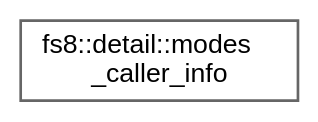
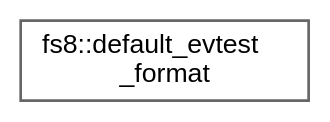
The diagram in api/inherit_graph_56.dot (the-moisrex/foresight), drawn with Graphviz before and after one commit. The commit also changed 268 other files, not shown here.

```diff
--- a/api/inherit_graph_56.dot
+++ b/api/inherit_graph_56.dot
@@ -1,9 +1,9 @@
 digraph "Graphical Class Hierarchy"
 {
  // LATEX_PDF_SIZE
   bgcolor="transparent";
   edge [fontname=Helvetica,fontsize=10,labelfontname=Helvetica,labelfontsize=10];
   node [fontname=Helvetica,fontsize=10,shape=box,height=0.2,width=0.4];
   rankdir="LR";
-  Node0 [id="Node000000",label="fs8::detail::modes\l_caller_info",height=0.2,width=0.4,color="grey40", fillcolor="white", style="filled",URL="$structfs8_1_1detail_1_1modes__caller__info.html",tooltip=" "];
+  Node0 [id="Node000000",label="fs8::default_evtest\l_format",height=0.2,width=0.4,color="grey40", fillcolor="white", style="filled",URL="$structfs8_1_1default__evtest__format.html",tooltip="Default evtest format: standard evtest text with libevdev annotations."];
 }
```
